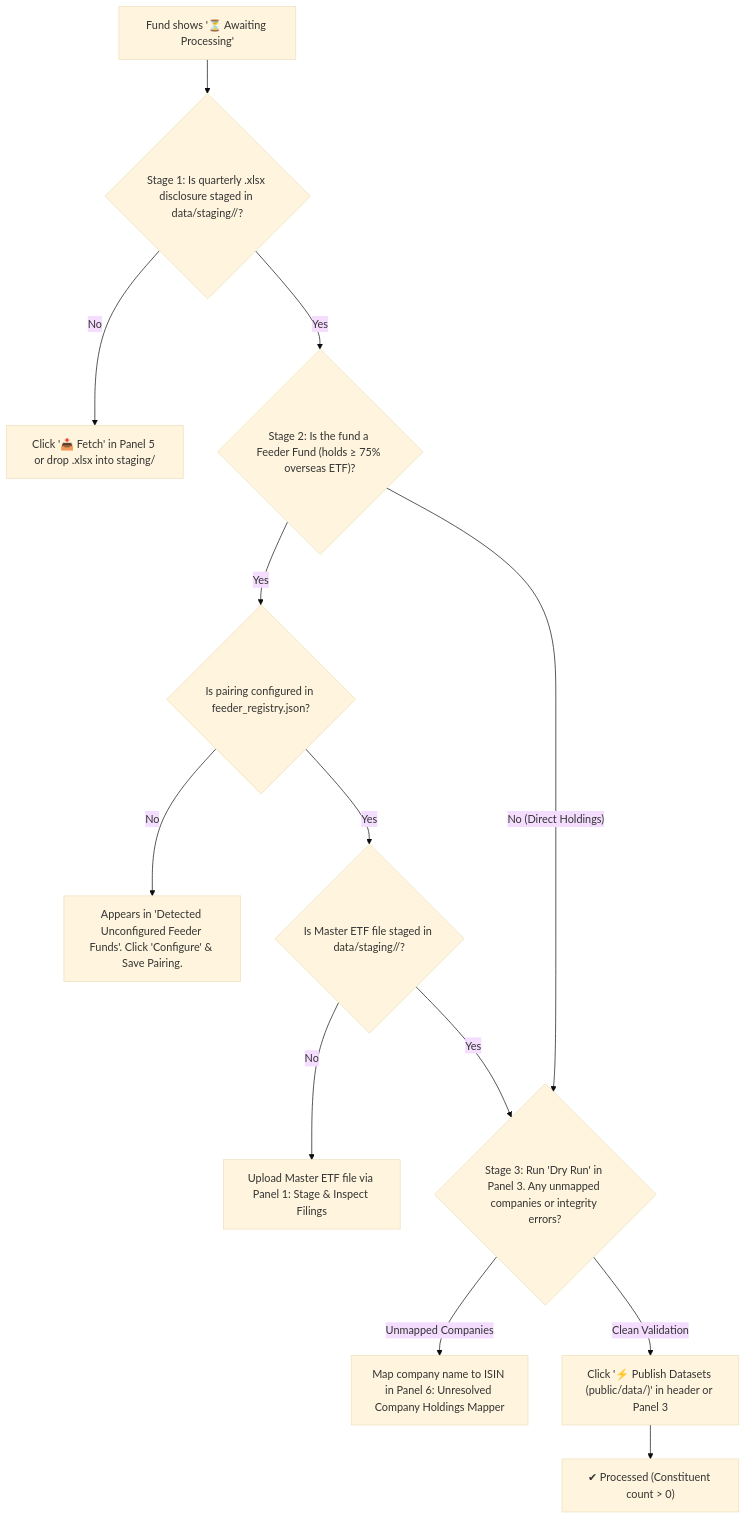
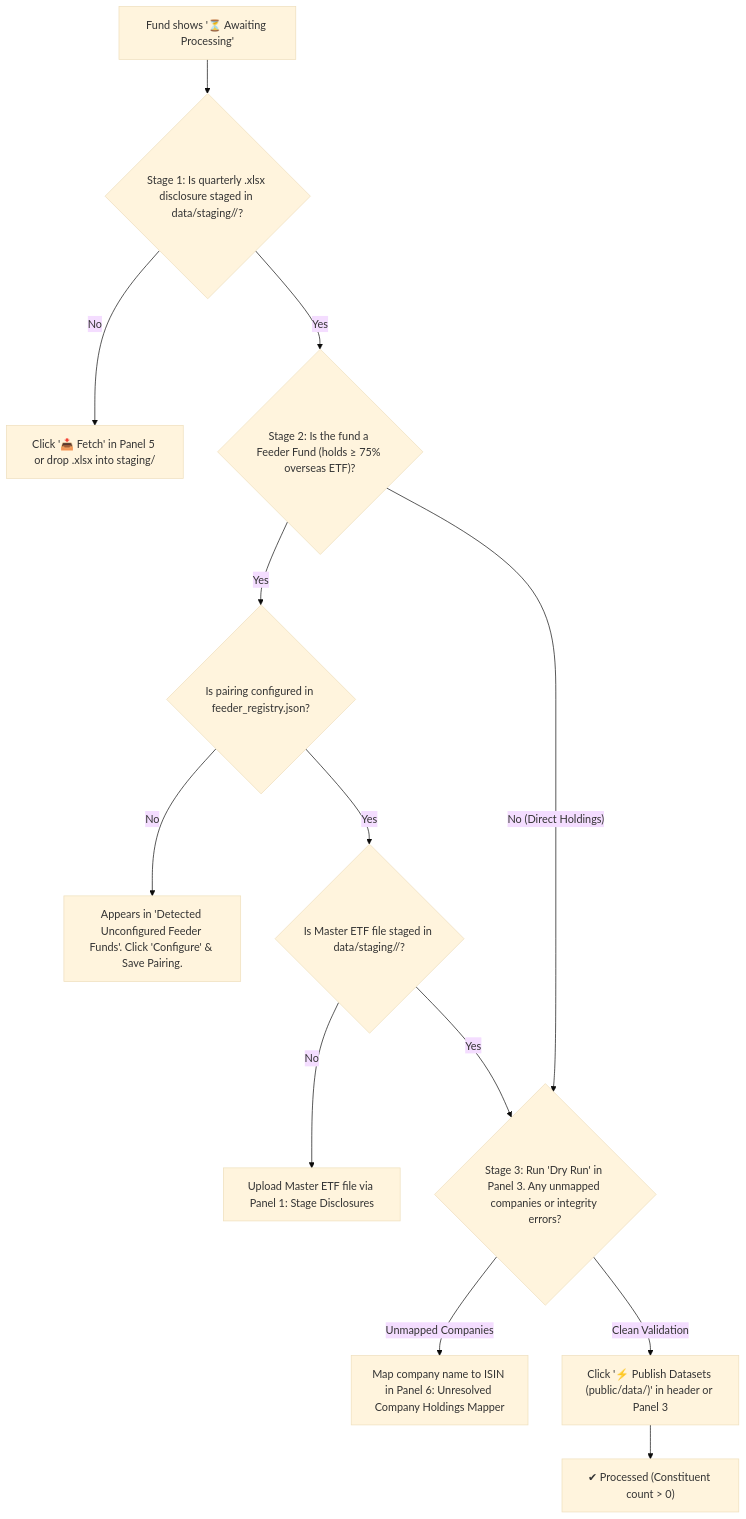
Before and after one commit to SusanJaneNZ/kiwi-portfolio-xray: the first of 2 diagrams in docs/ADMIN_GUIDE.md, drawn with Mermaid (base theme). The commit also changed other lines of this file and 1 other file, not shown here.

````diff
--- a/docs/ADMIN_GUIDE.md
+++ b/docs/ADMIN_GUIDE.md
@@ -143,15 +143,15 @@
 ```mermaid
 flowchart TD
     Start["Fund shows '⏳ Awaiting Processing'"] --> Check1{"Stage 1: Is quarterly .xlsx disclosure staged in data/staging/<manager>/?"}
     Check1 -- "No" --> Action1["Click '📥 Fetch' in Panel 5 or drop .xlsx into staging/"]
     Check1 -- "Yes" --> Check2{"Stage 2: Is the fund a Feeder Fund (holds ≥ 75% overseas ETF)?"}
     Check2 -- "Yes" --> CheckPair{"Is pairing configured in feeder_registry.json?"}
     CheckPair -- "No" --> ActionPair["Appears in 'Detected Unconfigured Feeder Funds'. Click 'Configure' & Save Pairing."]
     CheckPair -- "Yes" --> CheckMaster{"Is Master ETF file staged in data/staging/<master_provider>/?"}
-    CheckMaster -- "No" --> ActionMaster["Upload Master ETF file via Panel 1: Stage & Inspect Filings"]
+    CheckMaster -- "No" --> ActionMaster["Upload Master ETF file via Panel 1: Stage Disclosures"]
     CheckMaster -- "Yes" --> Check3
     Check2 -- "No (Direct Holdings)" --> Check3{"Stage 3: Run 'Dry Run' in Panel 3. Any unmapped companies or integrity errors?"}
     Check3 -- "Unmapped Companies" --> ActionAlias["Map company name to ISIN in Panel 6: Unresolved Company Holdings Mapper"]
     Check3 -- "Clean Validation" --> ActionCompile["Click '⚡ Publish Datasets (public/data/)' in header or Panel 3"]
     ActionCompile --> Done["✔ Processed (Constituent count > 0)"]
 ```
````
